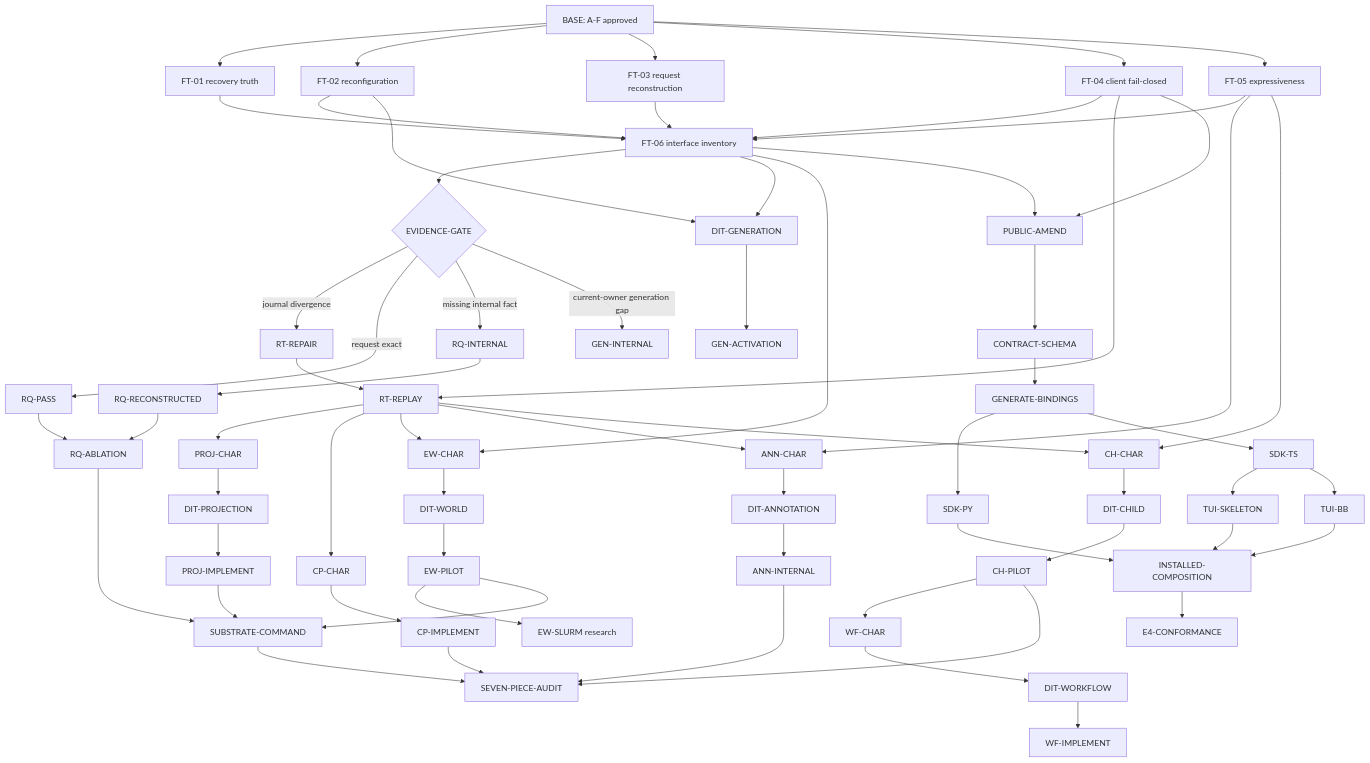
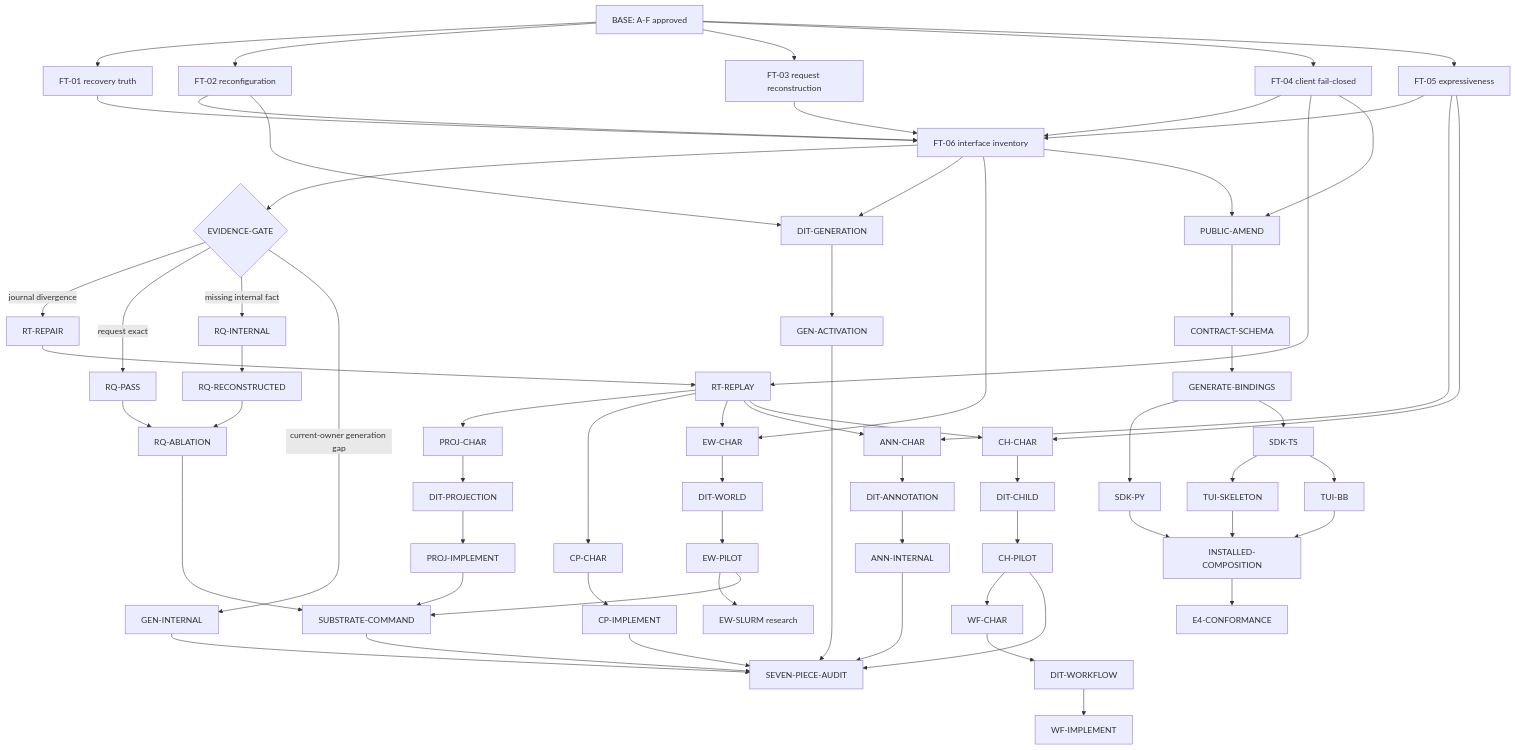
Before and after one commit to kmccleary3301/breadboard: the diagram in docs/plans/dsh_donor_campaign/evidence/06_PROMOTED_WORKSTREAM_DAG.md, drawn with Mermaid. The commit also changed other lines of this file and 2 other files, not shown here.

````diff
--- a/docs/plans/dsh_donor_campaign/evidence/06_PROMOTED_WORKSTREAM_DAG.md
+++ b/docs/plans/dsh_donor_campaign/evidence/06_PROMOTED_WORKSTREAM_DAG.md
@@ -100,74 +100,76 @@
 ```mermaid
 graph TD
   B[BASE: A-F approved] --> F1[FT-01 recovery truth]
   B --> F2[FT-02 reconfiguration]
   B --> F3[FT-03 request reconstruction]
   B --> F4[FT-04 client fail-closed]
   B --> F5[FT-05 expressiveness]
   F1 --> F6[FT-06 interface inventory]
   F2 --> F6
   F3 --> F6
   F4 --> F6
   F5 --> F6
   F6 --> G{EVIDENCE-GATE}
 
   G -->|journal divergence| RR[RT-REPAIR]
   RR --> RP[RT-REPLAY]
   F4 --> RP
   RP --> PC[PROJ-CHAR]
   PC --> DP[DIT-PROJECTION]
   DP --> PI[PROJ-IMPLEMENT]
 
   G -->|request exact| RQP[RQ-PASS]
   G -->|missing internal fact| RQI[RQ-INTERNAL]
   RQI --> RQR[RQ-RECONSTRUCTED]
   RQP --> RQA[RQ-ABLATION]
   RQR --> RQA
 
   G -->|current-owner generation gap| GI[GEN-INTERNAL]
   F2 --> DG[DIT-GENERATION]
   F6 --> DG
   DG --> GA[GEN-ACTIVATION]
 
   RP --> CC[CP-CHAR]
   CC --> CI[CP-IMPLEMENT]
   RP --> EC[EW-CHAR]
   F6 --> EC
   EC --> DE[DIT-WORLD]
   DE --> EP[EW-PILOT]
   EP --> ES[EW-SLURM research]
 
   F5 --> AC[ANN-CHAR]
   RP --> AC
   AC --> DA[DIT-ANNOTATION]
   DA --> AI[ANN-INTERNAL]
 
   F5 --> HC[CH-CHAR]
   RP --> HC
   HC --> DH[DIT-CHILD]
   DH --> HP[CH-PILOT]
   HP --> WC[WF-CHAR]
   WC --> DW[DIT-WORKFLOW]
   DW --> WI[WF-IMPLEMENT]
 
   F4 --> PA[PUBLIC-AMEND]
   F6 --> PA
   PA --> CS[CONTRACT-SCHEMA]
   CS --> GB[GENERATE-BINDINGS]
   GB --> PY[SDK-PY]
   GB --> TS[SDK-TS]
   TS --> TU1[TUI-SKELETON]
   TS --> TU2[TUI-BB]
   PY --> IC[INSTALLED-COMPOSITION]
   TU1 --> IC
   TU2 --> IC
   IC --> E4[E4-CONFORMANCE]
 
   RQA --> SC[SUBSTRATE-COMMAND]
   PI --> SC
   EP --> SC
   SC --> SA[SEVEN-PIECE-AUDIT]
   AI --> SA
   HP --> SA
   CI --> SA
+  GI --> SA
+  GA --> SA
 ```
````
